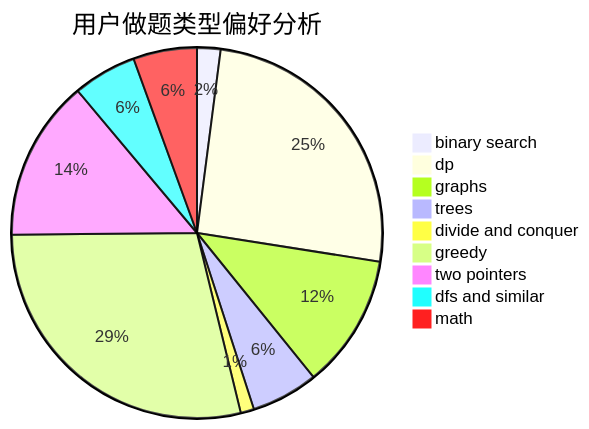
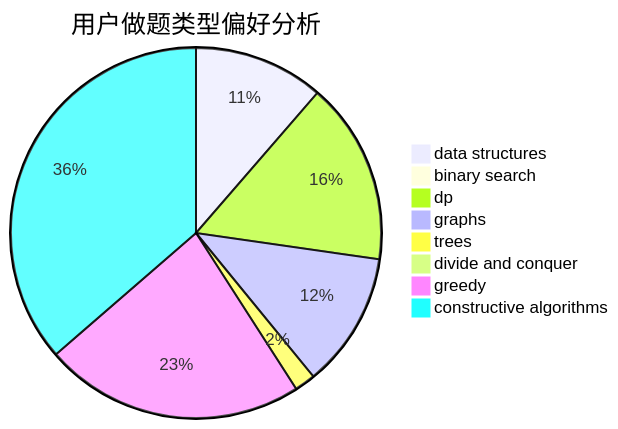
The second of 3 diagrams in docs/user/u2647.md (sherpahu/cfrs.github.io), drawn with Mermaid before and after one commit. The commit also changed other lines of this file and 2775 other files, not shown here.

````diff
--- a/docs/user/u2647.md
+++ b/docs/user/u2647.md
@@ -23,12 +23,11 @@
 ```mermaid
 pie title 用户做题类型偏好分析
-    "binary search" :  7
-    "dp" :  87
-    "graphs" :  40
-    "trees" :  20
-    "divide and conquer" :  4
-    "greedy" :  98
-    "two pointers" :  48
-    "dfs and similar" :  19
-    "math" :  19
+    "data structures" :  25
+    "binary search" :  1
+    "dp" :  35
+    "graphs" :  26
+    "trees" :  4
+    "divide and conquer" :  0
+    "greedy" :  50
+    "constructive algorithms" :  80
 ```
````
